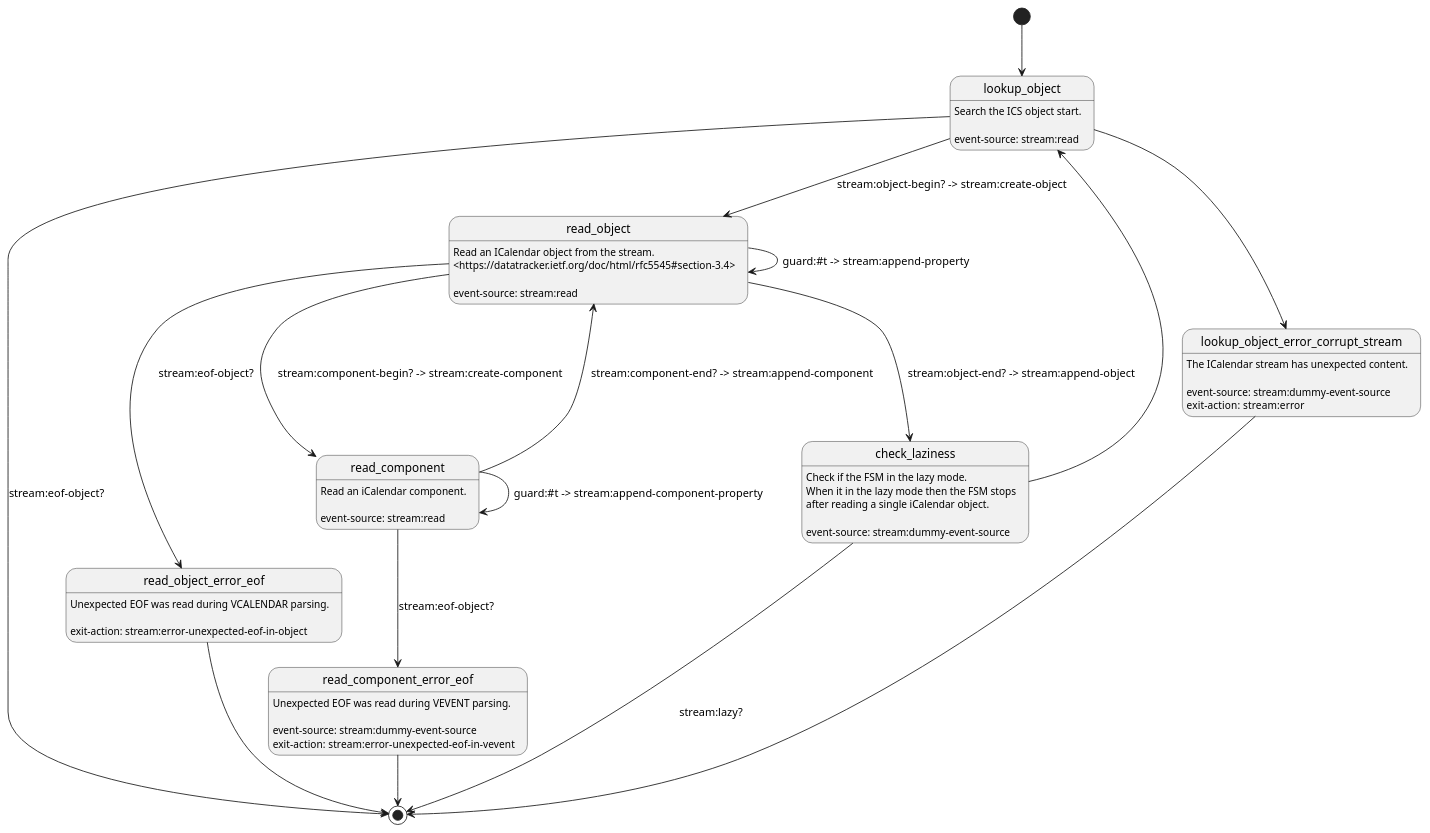
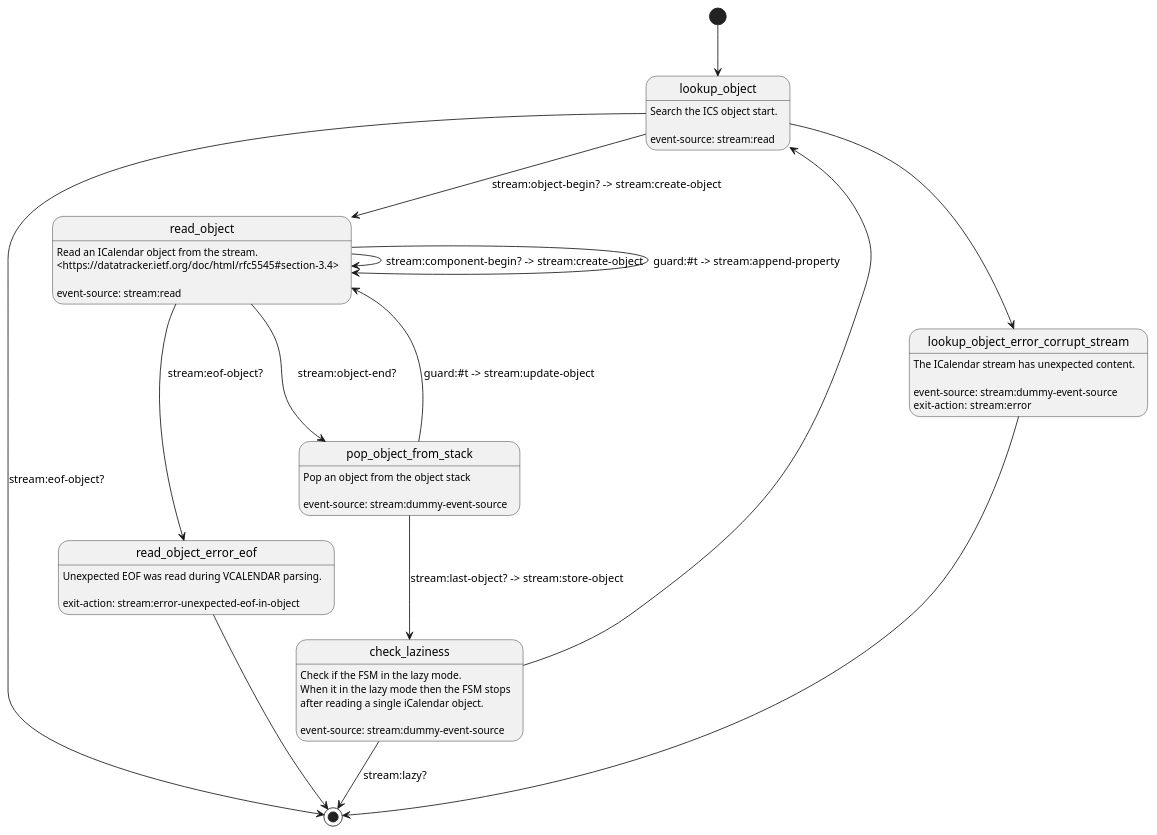
One commit to artyom-poptsov/guile-ics changed the diagram in modules/ics/fsm/stream-parser.puml. Above: the diagram before and after it, drawn with PlantUML. The commit also changed 5 other files, not shown here.

```diff
--- a/modules/ics/fsm/stream-parser.puml
+++ b/modules/ics/fsm/stream-parser.puml
@@ -1,52 +1,45 @@
 @startuml
 [*] --> lookup_object
 
 lookup_object: Search the ICS object start.
 lookup_object:
 lookup_object: event-source: stream:read
 lookup_object --> [*]:         stream:eof-object?
 lookup_object --> read_object: stream:object-begin? -> stream:create-object
 lookup_object --> lookup_object_error_corrupt_stream
+
+pop_object_from_stack: Pop an object from the object stack
+pop_object_from_stack:
+pop_object_from_stack: event-source: stream:dummy-event-source
+pop_object_from_stack --> check_laziness: stream:last-object? -> stream:store-object
+pop_object_from_stack --> read_object: guard:#t -> stream:update-object
 
 lookup_object_error_corrupt_stream: The ICalendar stream has unexpected content.
 lookup_object_error_corrupt_stream:
 lookup_object_error_corrupt_stream: event-source: stream:dummy-event-source
 lookup_object_error_corrupt_stream: exit-action:  stream:error
 lookup_object_error_corrupt_stream --> [*]
 
 read_object: Read an ICalendar object from the stream.
 read_object: <https://datatracker.ietf.org/doc/html/rfc5545#section-3.4>
 read_object:
 read_object: event-source: stream:read
-read_object --> read_object_error_eof:  stream:eof-object?
-read_object --> check_laziness:         stream:object-end? -> stream:append-object
-read_object --> read_component:            stream:component-begin? -> stream:create-component
-read_object --> read_object:            guard:#t -> stream:append-property
+read_object --> read_object_error_eof: stream:eof-object?
+read_object --> pop_object_from_stack: stream:object-end?
+read_object --> read_object:           stream:component-begin? -> stream:create-object
+read_object --> read_object:           guard:#t -> stream:append-property
 
 check_laziness: Check if the FSM in the lazy mode.
 check_laziness: When it in the lazy mode then the FSM stops
 check_laziness: after reading a single iCalendar object.
 check_laziness:
 check_laziness: event-source: stream:dummy-event-source
 check_laziness --> [*]: stream:lazy?
 check_laziness --> lookup_object
 
 read_object_error_eof: Unexpected EOF was read during VCALENDAR parsing.
 read_object_error_eof:
 read_object_error_eof: exit-action: stream:error-unexpected-eof-in-object
 read_object_error_eof -> [*]
 
-read_component: Read an iCalendar component.
-read_component:
-read_component: event-source: stream:read
-read_component --> read_component_error_eof:  stream:eof-object?
-read_component --> read_object:               stream:component-end? -> stream:append-component
-read_component --> read_component:            guard:#t -> stream:append-component-property
-
-read_component_error_eof: Unexpected EOF was read during VEVENT parsing.
-read_component_error_eof:
-read_component_error_eof: event-source: stream:dummy-event-source
-read_component_error_eof: exit-action:  stream:error-unexpected-eof-in-vevent
-read_component_error_eof --> [*]
-
 @enduml
```
